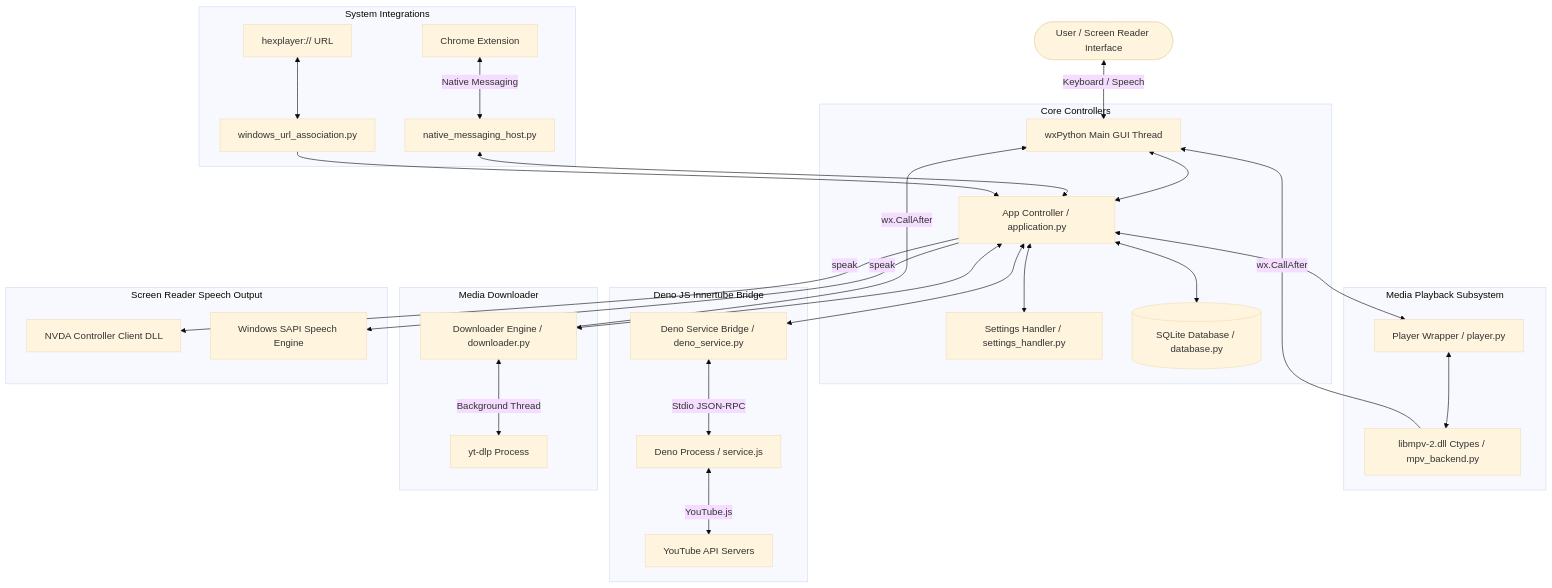
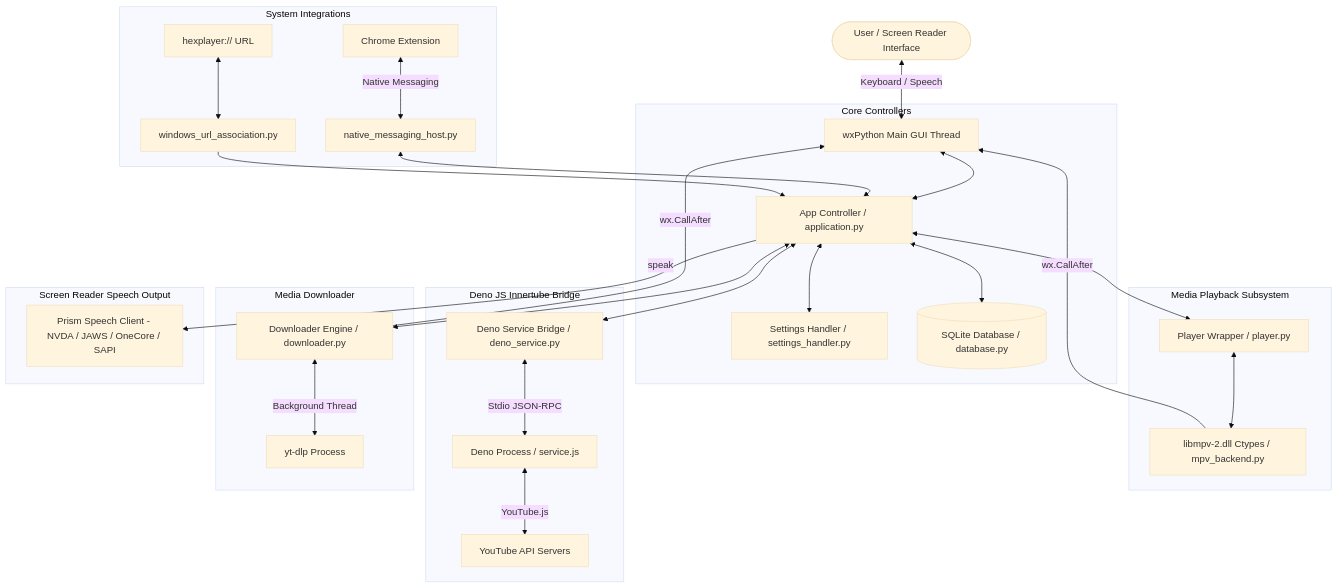
The diagram in DEVELOPMENT.md (makhlwf/accessible_youtube_downloader_pro), drawn with Mermaid (base theme) before and after one commit. The commit also changed other lines of this file and 10 other files, not shown here.

Commit message:
feat(accessibility): migrate screen reader engine from NVDA controller DLL to Prism

````diff
--- a/DEVELOPMENT.md
+++ b/DEVELOPMENT.md
@@ -163,39 +163,38 @@
 ```mermaid
 graph TD
     User([User / Screen Reader Interface]) <-->|Keyboard / Speech| WX[wxPython Main GUI Thread]
     
     subgraph Core Controllers
         WX <--> MainApp[App Controller / application.py]
         MainApp <--> Settings[Settings Handler / settings_handler.py]
         MainApp <--> DB[(SQLite Database / database.py)]
     end
 
     subgraph Media Playback Subsystem
         MainApp <--> Player[Player Wrapper / player.py]
         Player <--> MPV[libmpv-2.dll Ctypes / mpv_backend.py]
         MPV -->|wx.CallAfter| WX
     end
 
     subgraph Deno JS Innertube Bridge
         MainApp <--> DenoBridge[Deno Service Bridge / deno_service.py]
         DenoBridge <-->|Stdio JSON-RPC| DenoProc[Deno Process / service.js]
         DenoProc <-->|YouTube.js| YTAPI[YouTube API Servers]
     end
 
     subgraph Media Downloader
         MainApp <--> DLHandler[Downloader Engine / downloader.py]
         DLHandler <-->|Background Thread| YTDLP[yt-dlp Process]
         DLHandler -->|wx.CallAfter| WX
     end
 
     subgraph System Integrations
         ChromeExt[Chrome Extension] <-->|Native Messaging| NativeHost[native_messaging_host.py]
         NativeHost <--> MainApp
         Protocol[hexplayer:// URL] <--> WindowsReg[windows_url_association.py] --> MainApp
     end
 
     subgraph Screen Reader Speech Output
-        MainApp -->|speak| NVDA[NVDA Controller Client DLL]
-        MainApp -->|speak| SAPI[Windows SAPI Speech Engine]
+        MainApp -->|speak| Prism[Prism Speech Client - NVDA / JAWS / OneCore / SAPI]
     end
 ```
````
